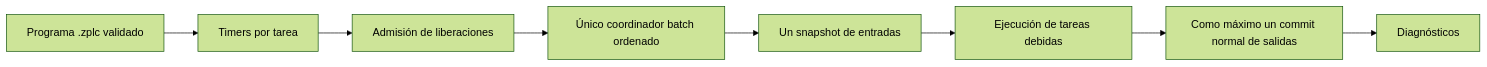
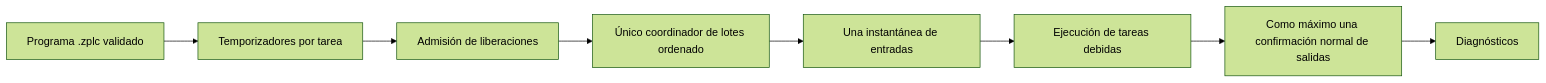
Before and after one commit to eduardojvieira/ZPLC: the diagram in docs/i18n/es/docusaurus-plugin-content-docs/current/runtime/scheduler.md, drawn with Mermaid (forest theme). The commit also changed other lines of this file and 20 other files, not shown here.

````diff
--- a/docs/i18n/es/docusaurus-plugin-content-docs/current/runtime/scheduler.md
+++ b/docs/i18n/es/docusaurus-plugin-content-docs/current/runtime/scheduler.md
@@ -54,10 +54,10 @@
 ```mermaid
 flowchart LR
-  Program[Programa .zplc validado] --> Timers[Timers por tarea]
+  Program[Programa .zplc validado] --> Timers[Temporizadores por tarea]
   Timers --> Admission[Admisión de liberaciones]
-  Admission --> Batch[Único coordinador batch ordenado]
-  Batch --> Snapshot[Un snapshot de entradas]
+  Admission --> Batch[Único coordinador de lotes ordenado]
+  Batch --> Snapshot[Una instantánea de entradas]
   Snapshot --> Tasks[Ejecución de tareas debidas]
-  Tasks --> Commit[Como máximo un commit normal de salidas]
+  Tasks --> Commit[Como máximo una confirmación normal de salidas]
   Commit --> Stats[Diagnósticos]
 ```
````
